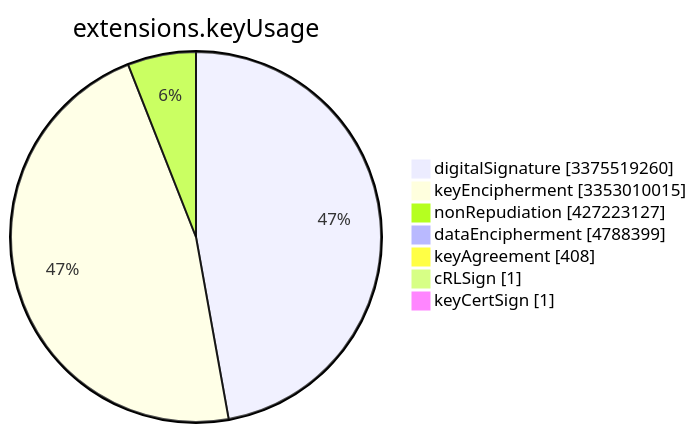
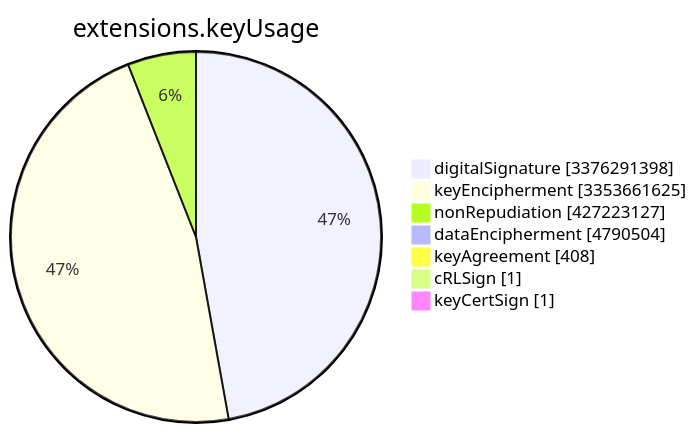
The sixth of 15 diagrams in TOTAL/README.md (christiankrug/ctmonitor_visualization), drawn with Mermaid before and after one commit. The commit also changed other lines of this file, not shown here.

````diff
--- a/TOTAL/README.md
+++ b/TOTAL/README.md
@@ -3079,11 +3079,11 @@
 ```mermaid
 pie showData
 title extensions.keyUsage
-"digitalSignature" :3375519260
-"keyEncipherment" :3353010015
+"digitalSignature" :3376291398
+"keyEncipherment" :3353661625
 "nonRepudiation" :427223127
-"dataEncipherment" :4788399
+"dataEncipherment" :4790504
 "keyAgreement" :408
 "cRLSign" :1
 "keyCertSign" :1
 ```
````
